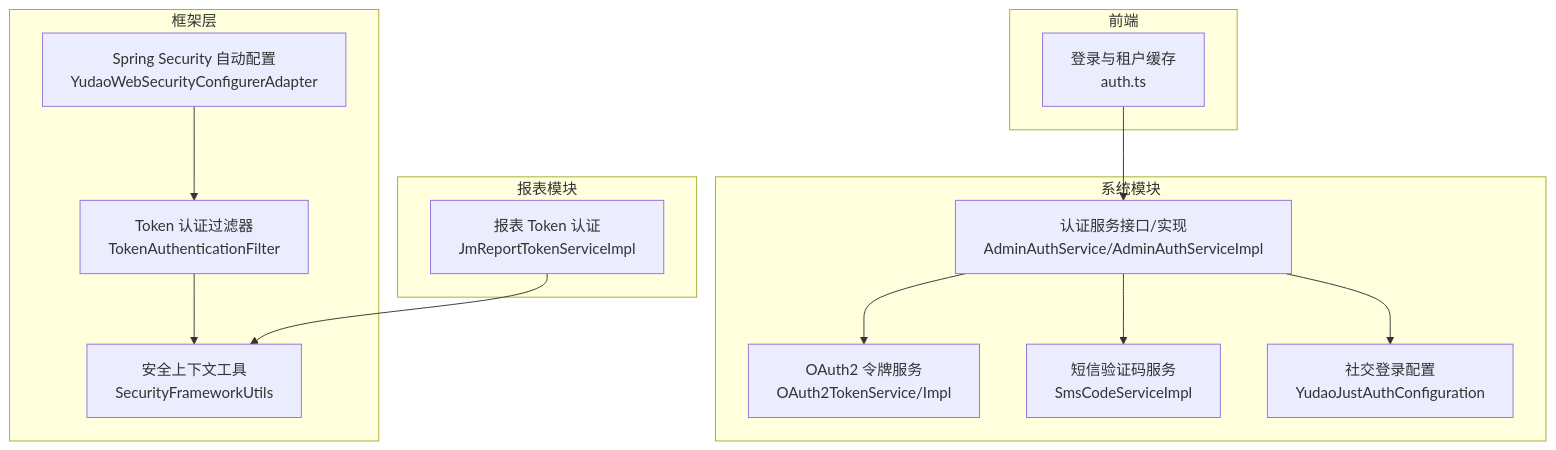
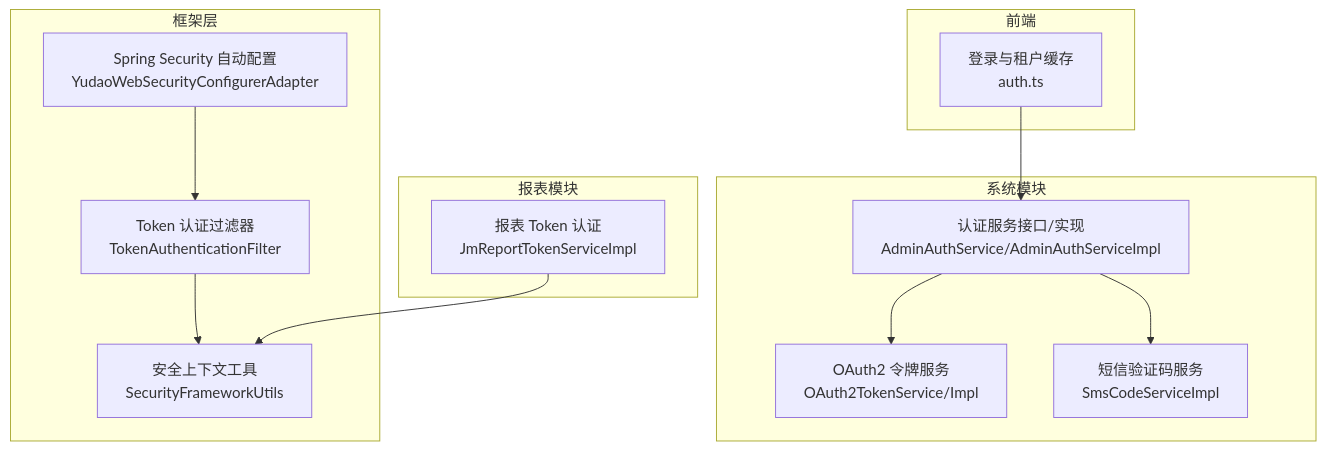
The first of 7 diagrams in .qoder/repowiki/zh/content/安全认证/用户认证.md (xiaoche80s-tech/rouyi-vue-pro), drawn with Mermaid before and after one commit. The commit also changed other lines of this file and 515 other files, not shown here.

````diff
--- a/.qoder/repowiki/zh/content/安全认证/用户认证.md
+++ b/.qoder/repowiki/zh/content/安全认证/用户认证.md
@@ -62,27 +69,25 @@
 ```mermaid
 graph TB
 subgraph "框架层"
 SEC["Spring Security 自动配置<br/>YudaoWebSecurityConfigurerAdapter"]
 TAF["Token 认证过滤器<br/>TokenAuthenticationFilter"]
 SFU["安全上下文工具<br/>SecurityFrameworkUtils"]
 end
 subgraph "系统模块"
 AUTH["认证服务接口/实现<br/>AdminAuthService/AdminAuthServiceImpl"]
 OAUTH["OAuth2 令牌服务<br/>OAuth2TokenService/Impl"]
 SMS["短信验证码服务<br/>SmsCodeServiceImpl"]
-SOCIAL["社交登录配置<br/>YudaoJustAuthConfiguration"]
 end
 subgraph "报表模块"
 JM["报表 Token 认证<br/>JmReportTokenServiceImpl"]
 end
 subgraph "前端"
 UI["登录与租户缓存<br/>auth.ts"]
 end
 SEC --> TAF
 TAF --> SFU
 AUTH --> OAUTH
 AUTH --> SMS
-AUTH --> SOCIAL
 JM --> SFU
 UI --> AUTH
 ```
````
